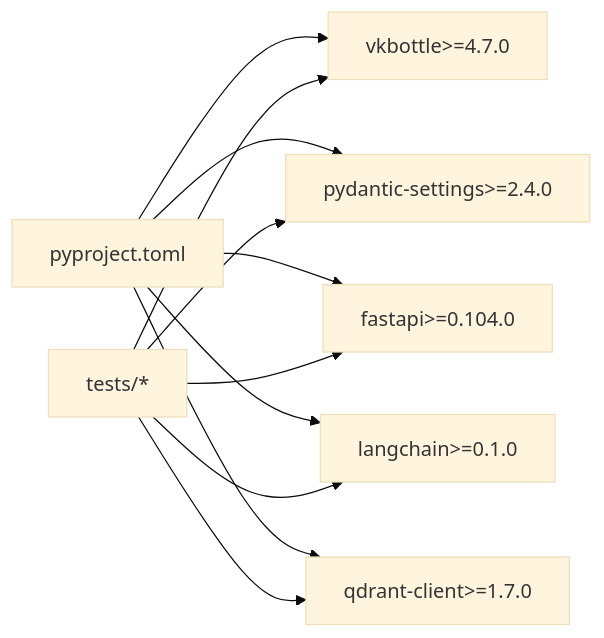
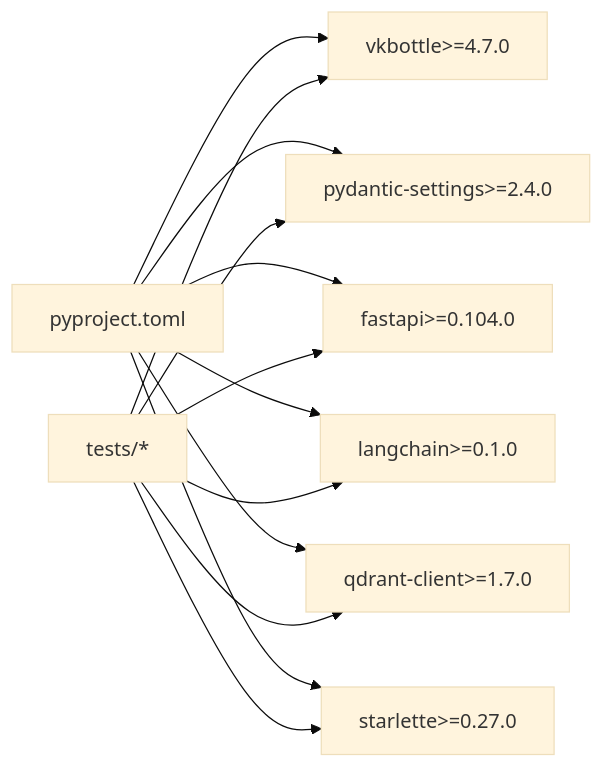
Before and after one commit to ognelis/cafetera_hr_bot: the seventh of 7 diagrams in .qoder/repowiki/en/content/API Reference/API Reference.md, drawn with Mermaid (base theme). The commit also changed other lines of this file and 29 other files, not shown here.

````diff
--- a/.qoder/repowiki/en/content/API Reference/API Reference.md
+++ b/.qoder/repowiki/en/content/API Reference/API Reference.md
@@ -514,13 +609,15 @@
 ```mermaid
 graph LR
 P["pyproject.toml"] --> V["vkbottle>=4.7.0"]
 P --> PS["pydantic-settings>=2.4.0"]
 P --> FA["fastapi>=0.104.0"]
 P --> LC["langchain>=0.1.0"]
 P --> QC["qdrant-client>=1.7.0"]
+P --> ST["starlette>=0.27.0"]
 T["tests/*"] --> V
 T --> PS
 T --> FA
 T --> LC
 T --> QC
+T --> ST
 ```
````
